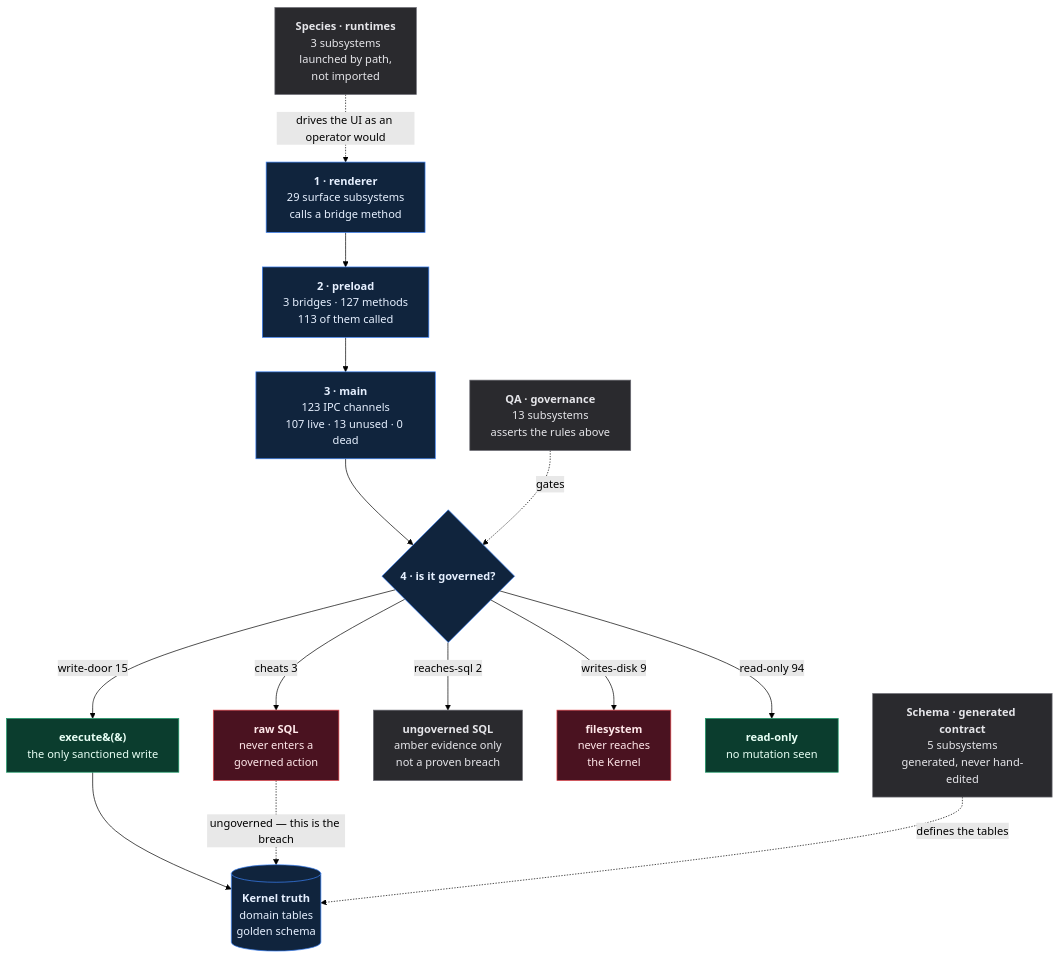
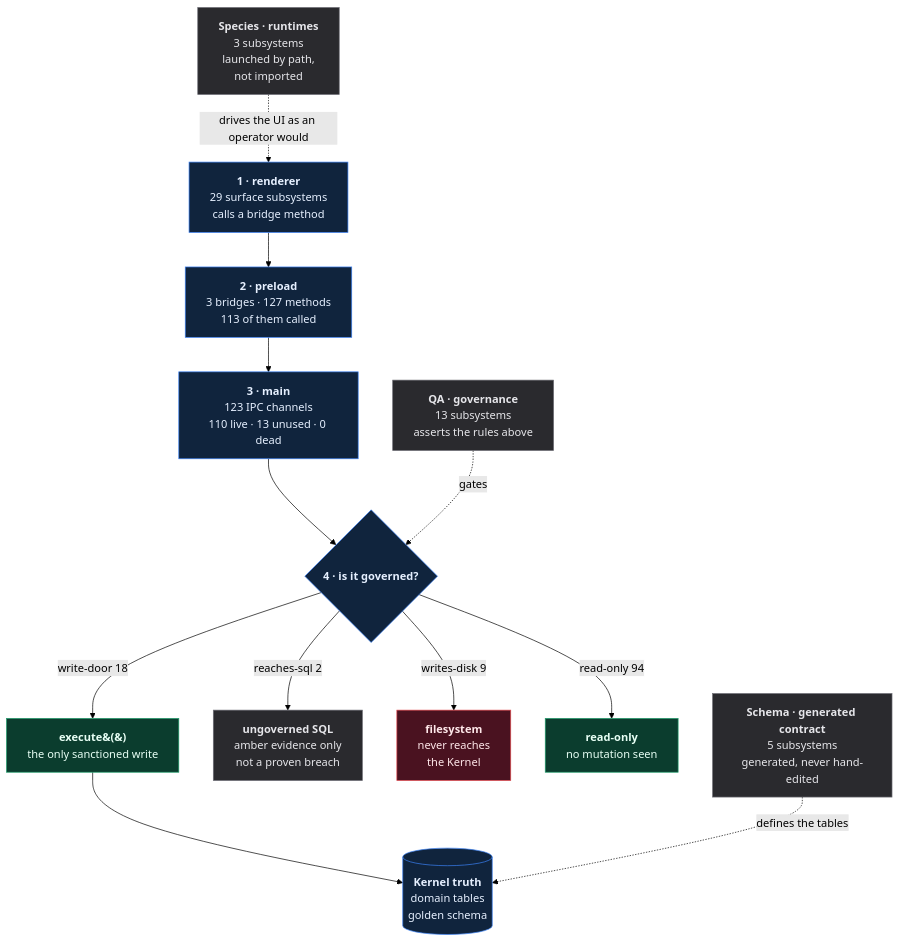
The diagram in qf-atlas/ATLAS.md (SidNig21/QuantFlow-Ontology), drawn with Mermaid (forest theme) before and after one commit. The commit also changed other lines of this file and 13 other files, not shown here.

````diff
--- a/qf-atlas/ATLAS.md
+++ b/qf-atlas/ATLAS.md
@@ -32,38 +32,35 @@
 ```mermaid
 flowchart TD
   R["<b>1 · renderer</b><br/>29 surface subsystems<br/>calls a bridge method"]
   P["<b>2 · preload</b><br/>3 bridges · 127 methods<br/>113 of them called"]
-  M["<b>3 · main</b><br/>123 IPC channels<br/>107 live · 13 unused · 0 dead"]
+  M["<b>3 · main</b><br/>123 IPC channels<br/>110 live · 13 unused · 0 dead"]
   H{"<b>4 · is it governed?</b>"}
   E["<b>execute&#40;&#41;</b><br/>the only sanctioned write"]
   DB[("<b>Kernel truth</b><br/>domain tables<br/>golden schema")]
 
   R --> P --> M --> H
-  H -->|"write-door 15"| E
+  H -->|"write-door 18"| E
   E --> DB
-  X["<b>raw SQL</b><br/>never enters a<br/>governed action"]
-  H -->|"cheats 3"| X
   A["<b>ungoverned SQL</b><br/>amber evidence only<br/>not a proven breach"]
   H -->|"reaches-sql 2"| A
   FS["<b>filesystem</b><br/>never reaches<br/>the Kernel"]
   H -->|"writes-disk 9"| FS
   RO["<b>read-only</b><br/>no mutation seen"]
   H -->|"read-only 94"| RO
-  X -.->|"ungoverned — this is the breach"| DB
 
   QA["<b>QA · governance</b><br/>13 subsystems<br/>asserts the rules above"]
   SP["<b>Species · runtimes</b><br/>3 subsystems<br/>launched by path,<br/>not imported"]
   SC["<b>Schema · generated contract</b><br/>5 subsystems<br/>generated, never hand-edited"]
   QA -.->|"gates"| H
   SC -.->|"defines the tables"| DB
   SP -.->|"drives the UI as an operator would"| R
 
   classDef good fill:#0b3d2e,stroke:#1f9d6b,color:#e8fff5
   classDef bad fill:#4a1220,stroke:#e5484d,color:#ffe8ea
   classDef gray fill:#2a2a2e,stroke:#6b6b73,color:#e6e6ea
   classDef truth fill:#10243d,stroke:#3b82f6,color:#e6f0ff
   class E,RO good
-  class X,FS bad
+  class FS bad
   class A,QA,SP,SC gray
   class DB,R,P,M,H truth
 ```
````
